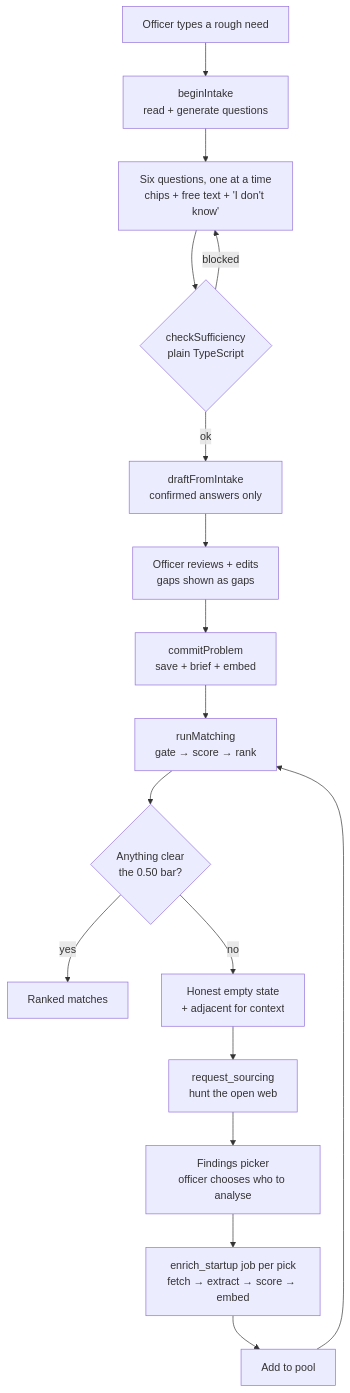
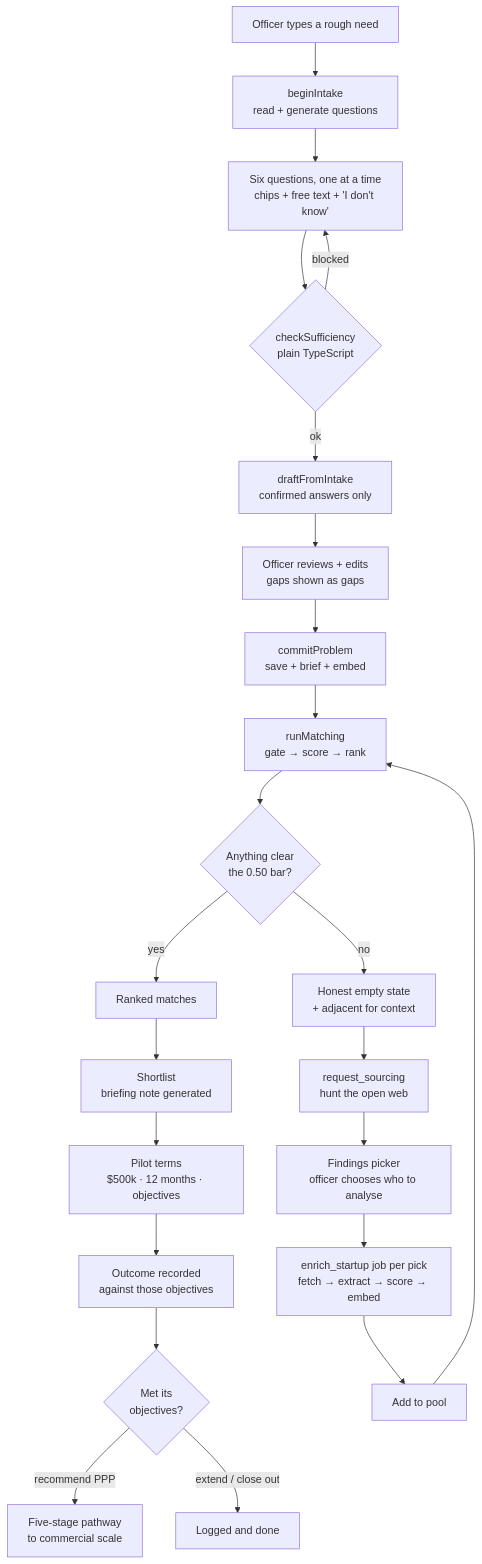
One commit to naitikpj47/startupbridge changed the diagram in ARCHITECTURE.md. Above: the diagram before and after it, drawn with Mermaid. The commit also changed other lines of this file, not shown here.

````diff
--- a/ARCHITECTURE.md
+++ b/ARCHITECTURE.md
@@ -92,19 +96,25 @@
 ```mermaid
 flowchart TD
     A["Officer types a rough need"] --> B["beginIntake<br/>read + generate questions"]
     B --> C["Six questions, one at a time<br/>chips + free text + 'I don't know'"]
     C --> D{"checkSufficiency<br/>plain TypeScript"}
     D -->|blocked| C
     D -->|ok| E["draftFromIntake<br/>confirmed answers only"]
     E --> F["Officer reviews + edits<br/>gaps shown as gaps"]
     F --> G["commitProblem<br/>save + brief + embed"]
     G --> H["runMatching<br/>gate → score → rank"]
     H --> I{"Anything clear<br/>the 0.50 bar?"}
     I -->|yes| J["Ranked matches"]
     I -->|no| K["Honest empty state<br/>+ adjacent for context"]
     K --> L["request_sourcing<br/>hunt the open web"]
     L --> M["Findings picker<br/>officer chooses who to analyse"]
     M --> N["enrich_startup job per pick<br/>fetch → extract → score → embed"]
     N --> O["Add to pool"]
     O --> H
+    J --> P["Shortlist<br/>briefing note generated"]
+    P --> Q["Pilot terms<br/>$500k · 12 months · objectives"]
+    Q --> R["Outcome recorded<br/>against those objectives"]
+    R --> S{"Met its<br/>objectives?"}
+    S -->|recommend PPP| T["Five-stage pathway<br/>to commercial scale"]
+    S -->|extend / close out| U["Logged and done"]
 ```
````
